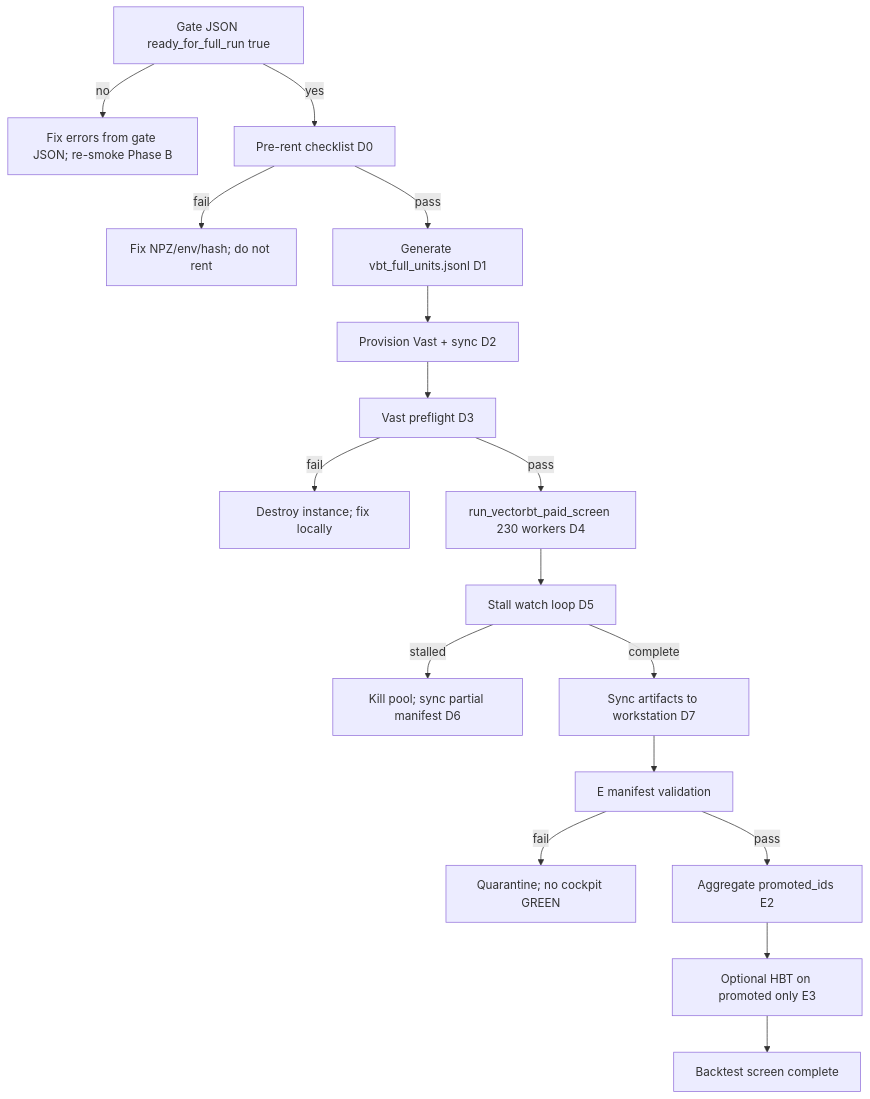
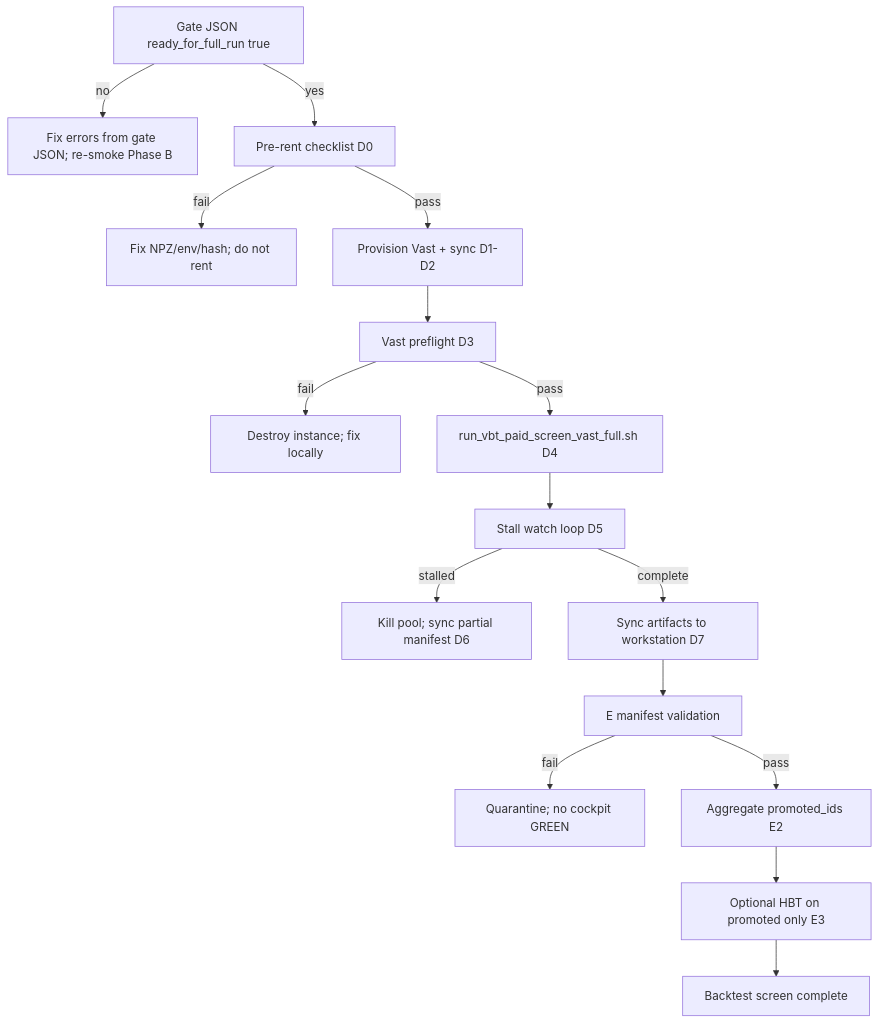
One commit to javin23863/hft3 changed the diagram in docs/project/VBT_PAID_SCREEN_POST_GATE_PLAYBOOK.md. Above: the diagram before and after it, drawn with Mermaid. The commit also changed other lines of this file and 9 other files, not shown here.

First line of the commit message:
fix(vbt): run paid screen units on Vast

````diff
--- a/docs/project/VBT_PAID_SCREEN_POST_GATE_PLAYBOOK.md
+++ b/docs/project/VBT_PAID_SCREEN_POST_GATE_PLAYBOOK.md
@@ -18,19 +18,18 @@
 ```mermaid
 flowchart TD
   G[Gate JSON ready_for_full_run true] -->|no| FIX[Fix errors from gate JSON; re-smoke Phase B]
   G -->|yes| PRE[Pre-rent checklist D0]
   PRE -->|fail| FIXPRE[Fix NPZ/env/hash; do not rent]
-  PRE -->|pass| UNITS[Generate vbt_full_units.jsonl D1]
-  UNITS --> VAST[Provision Vast + sync D2]
+  PRE -->|pass| VAST[Provision Vast + sync D1-D2]
   VAST --> PREFLIGHT[Vast preflight D3]
   PREFLIGHT -->|fail| TEARDOWN[Destroy instance; fix locally]
-  PREFLIGHT -->|pass| FULL[run_vectorbt_paid_screen 230 workers D4]
+  PREFLIGHT -->|pass| FULL[run_vbt_paid_screen_vast_full.sh D4]
   FULL --> MONITOR[Stall watch loop D5]
   MONITOR -->|stalled| ABORT[Kill pool; sync partial manifest D6]
   MONITOR -->|complete| SYNC[Sync artifacts to workstation D7]
   SYNC --> VALID[E manifest validation]
   VALID -->|fail| QUAR[Quarantine; no cockpit GREEN]
   VALID -->|pass| PROMO[Aggregate promoted_ids E2]
   PROMO --> HBT[Optional HBT on promoted only E3]
   HBT --> DONE[Backtest screen complete]
 ```
````
